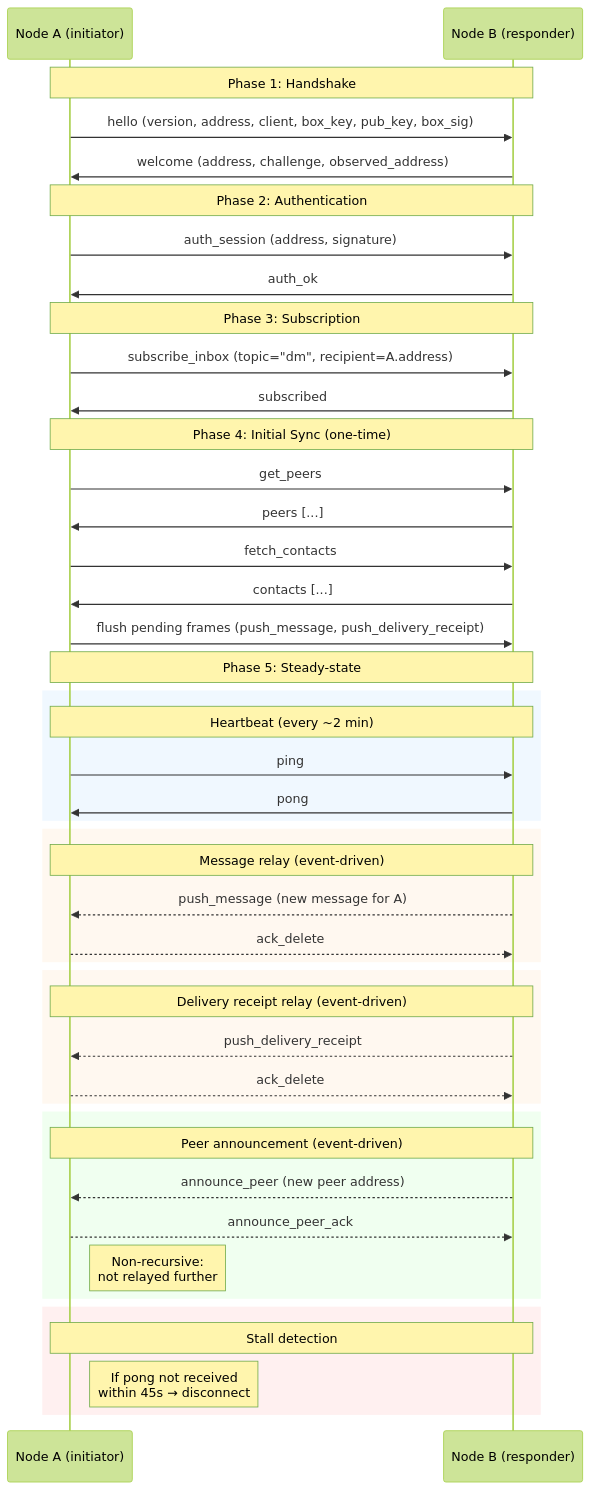
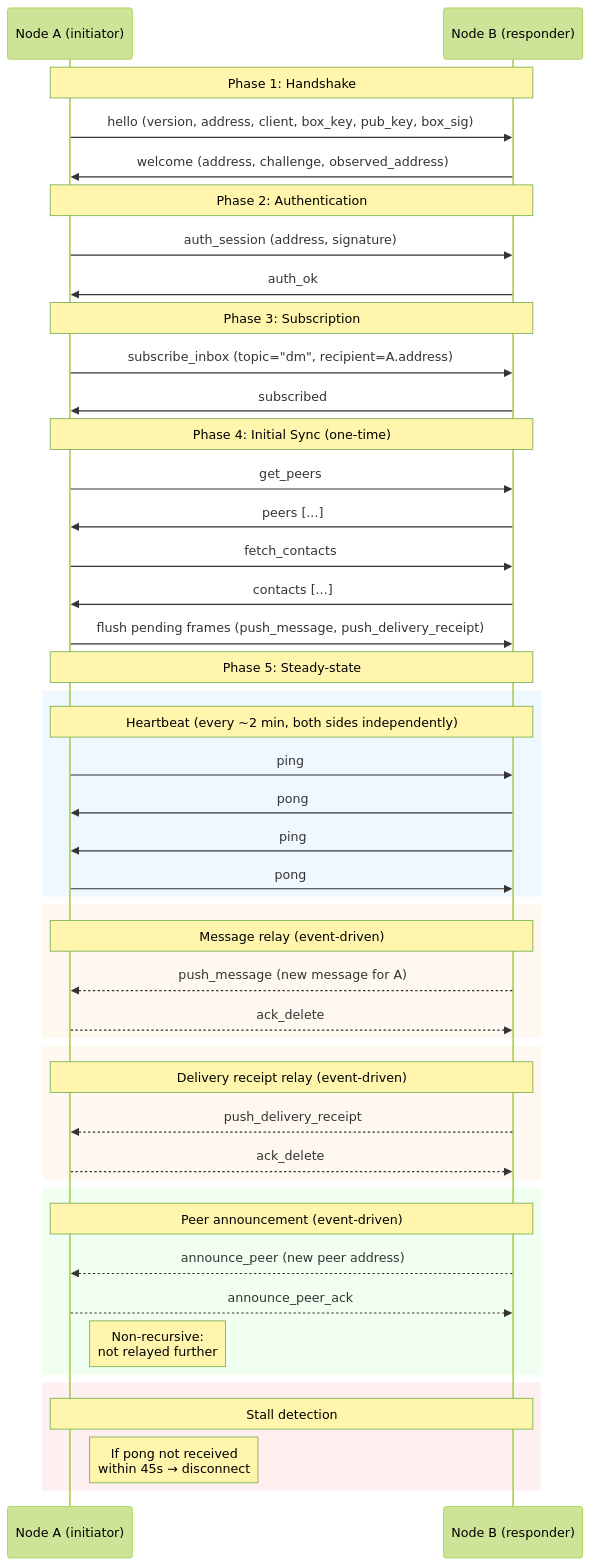
One commit to piratecash/corsa changed the fourth of 18 diagrams in docs/mesh.md. Above: the diagram before and after it, drawn with Mermaid (forest theme). The commit also changed other lines of this file and 3 other files, not shown here.

````diff
--- a/docs/mesh.md
+++ b/docs/mesh.md
@@ -175,61 +175,63 @@
 ```mermaid
 sequenceDiagram
     participant A as Node A (initiator)
     participant B as Node B (responder)
 
     Note over A,B: Phase 1: Handshake
 
     A->>B: hello (version, address, client, box_key, pub_key, box_sig)
     B->>A: welcome (address, challenge, observed_address)
 
     Note over A,B: Phase 2: Authentication
 
     A->>B: auth_session (address, signature)
     B->>A: auth_ok
 
     Note over A,B: Phase 3: Subscription
 
     A->>B: subscribe_inbox (topic="dm", recipient=A.address)
     B->>A: subscribed
 
     Note over A,B: Phase 4: Initial Sync (one-time)
 
     A->>B: get_peers
     B->>A: peers [...]
     A->>B: fetch_contacts
     B->>A: contacts [...]
 
     A->>B: flush pending frames (push_message, push_delivery_receipt)
 
     Note over A,B: Phase 5: Steady-state
 
     rect rgb(240, 248, 255)
-        Note over A,B: Heartbeat (every ~2 min)
+        Note over A,B: Heartbeat (every ~2 min, both sides independently)
         A->>B: ping
         B->>A: pong
+        B->>A: ping
+        A->>B: pong
     end
 
     rect rgb(255, 248, 240)
         Note over A,B: Message relay (event-driven)
         B-->>A: push_message (new message for A)
         A-->>B: ack_delete
     end
 
     rect rgb(255, 248, 240)
         Note over A,B: Delivery receipt relay (event-driven)
         B-->>A: push_delivery_receipt
         A-->>B: ack_delete
     end
 
     rect rgb(240, 255, 240)
         Note over A,B: Peer announcement (event-driven)
         B-->>A: announce_peer (new peer address)
         A-->>B: announce_peer_ack
         Note right of A: Non-recursive:<br/>not relayed further
     end
 
     rect rgb(255, 240, 240)
         Note over A,B: Stall detection
         Note right of A: If pong not received<br/>within 45s → disconnect
     end
 ```
````
